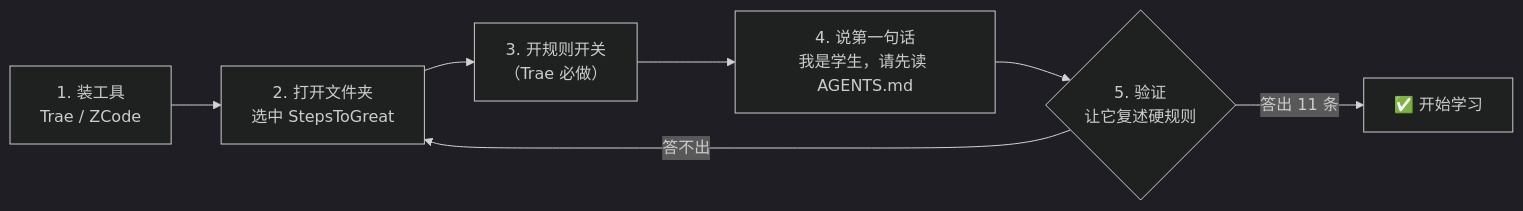
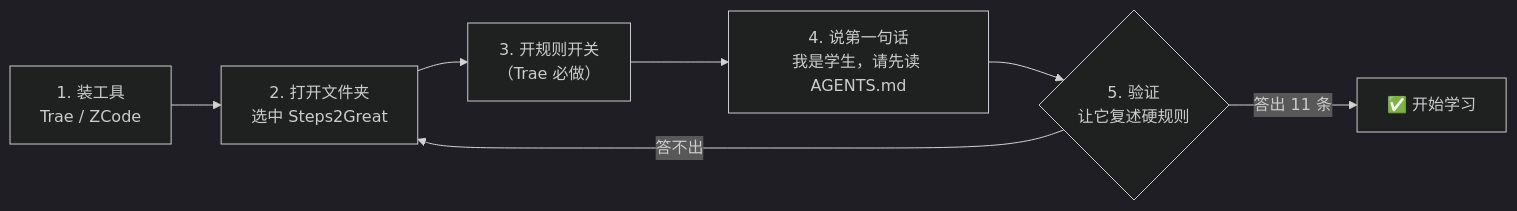
The first of 3 diagrams in 教程/界面示意图.md (wildcat430524/StepsToGreat), drawn with Mermaid (dark theme) before and after one commit. The commit also changed other lines of this file and 32 other files, not shown here.

First line of the commit message:
rename: StepsToGreat -> Steps2Great

````diff
--- a/教程/界面示意图.md
+++ b/教程/界面示意图.md
@@ -32,9 +32,9 @@
 ```mermaid
 flowchart LR
-    A["1. 装工具<br/>Trae / ZCode"] --> B["2. 打开文件夹<br/>选中 StepsToGreat"]
+    A["1. 装工具<br/>Trae / ZCode"] --> B["2. 打开文件夹<br/>选中 Steps2Great"]
     B --> C["3. 开规则开关<br/>（Trae 必做）"]
     C --> D["4. 说第一句话<br/>我是学生，请先读 AGENTS.md"]
     D --> E{"5. 验证<br/>让它复述硬规则"}
     E -->|"答出 11 条"| F["✅ 开始学习"]
     E -->|"答不出"| B
 ```
````
